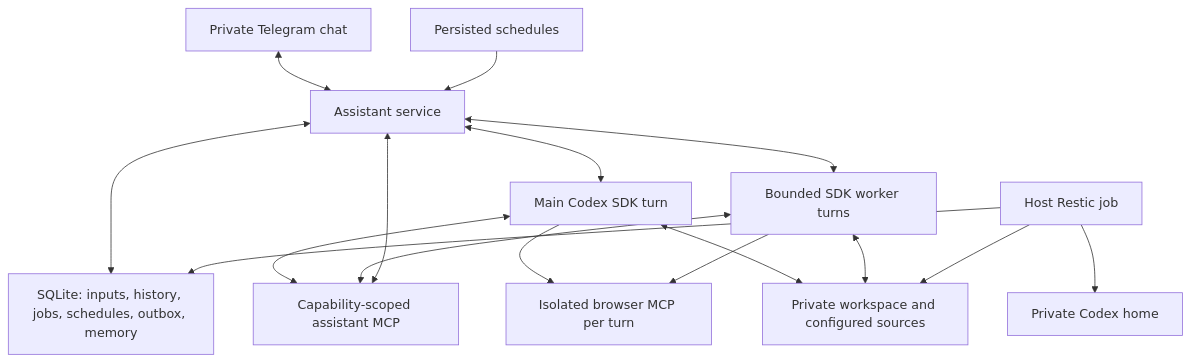
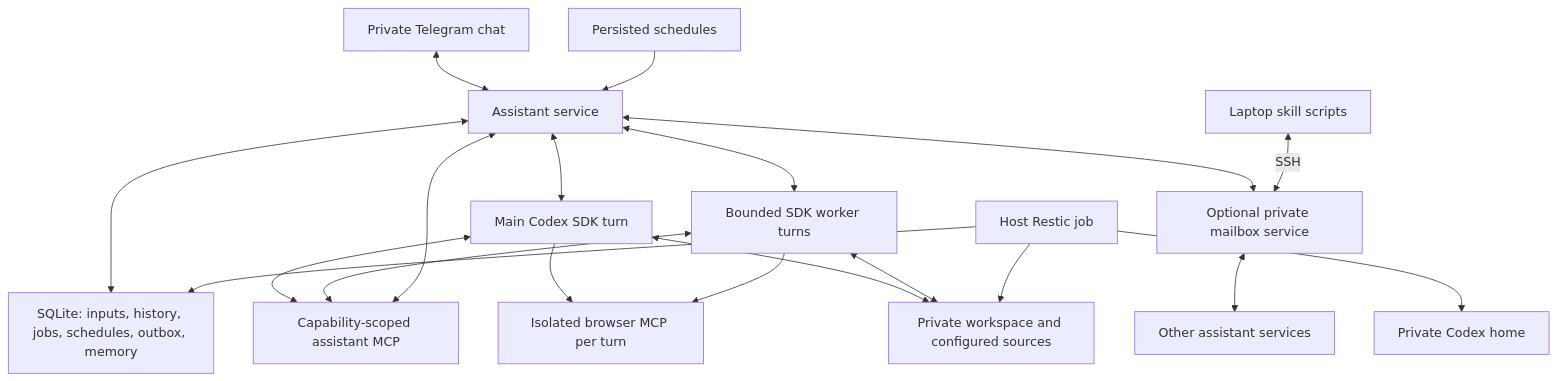
The diagram in docs/architecture.md (rzaytsev/codex-agent), drawn with Mermaid before and after one commit. The commit also changed other lines of this file and 30 other files, not shown here.

Commit message:
feat: add durable agent messaging and SSH skill

````diff
--- a/docs/architecture.md
+++ b/docs/architecture.md
@@ -8,18 +8,21 @@
 ```mermaid
 flowchart TD
   Telegram[Private Telegram chat] <--> Service[Assistant service]
   Service <--> Store[SQLite: inputs, history, jobs, schedules, outbox, memory]
   Service <--> Main[Main Codex SDK turn]
   Service <--> Workers[Bounded SDK worker turns]
   Main <--> MCP[Capability-scoped assistant MCP]
+  Service <--> Mailbox[Optional private mailbox service]
+  Mailbox <--> Peers[Other assistant services]
+  Laptop[Laptop skill scripts] <-->|SSH| Mailbox
   Workers <--> MCP
   MCP <--> Service
   Main --> Browser[Isolated browser MCP per turn]
   Workers --> Browser
   Main <--> Workspace[Private workspace and configured sources]
   Workers <--> Workspace
   Scheduler[Persisted schedules] --> Service
   Backup[Host Restic job] --> Store
   Backup --> Workspace
   Backup --> Auth[Private Codex home]
 ```
````
